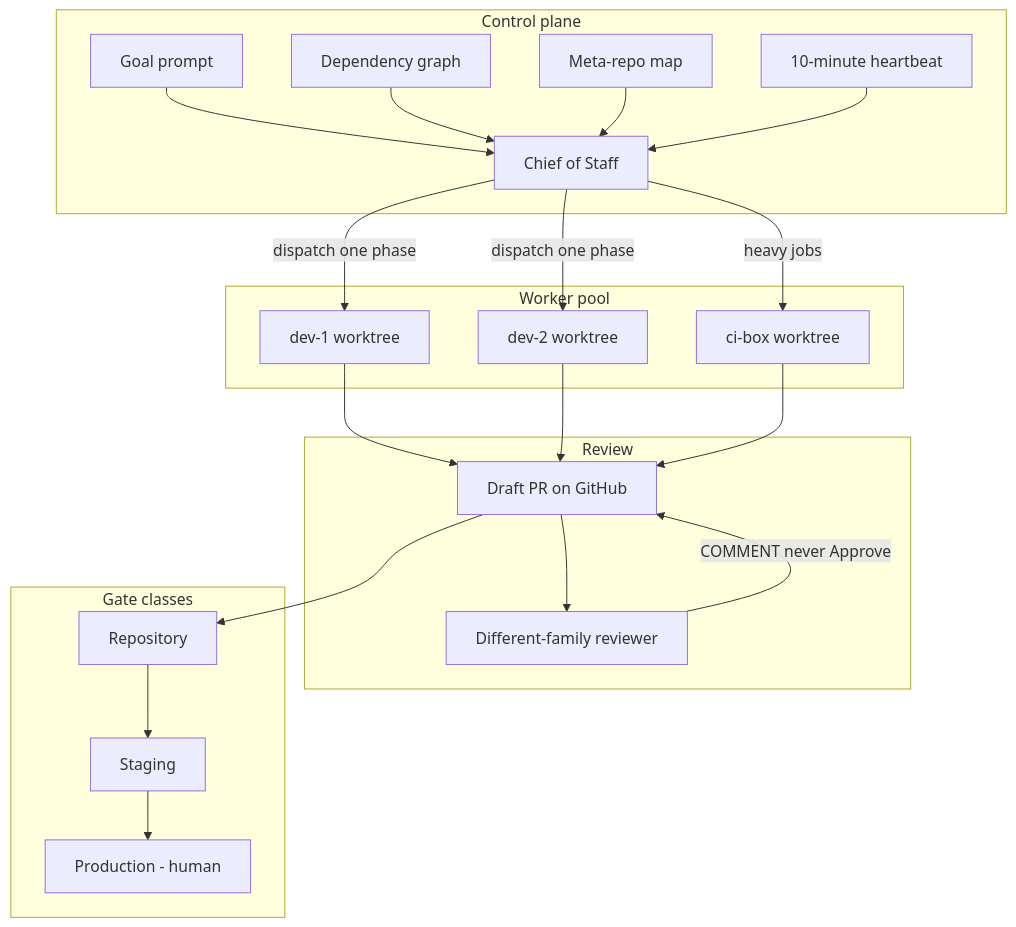
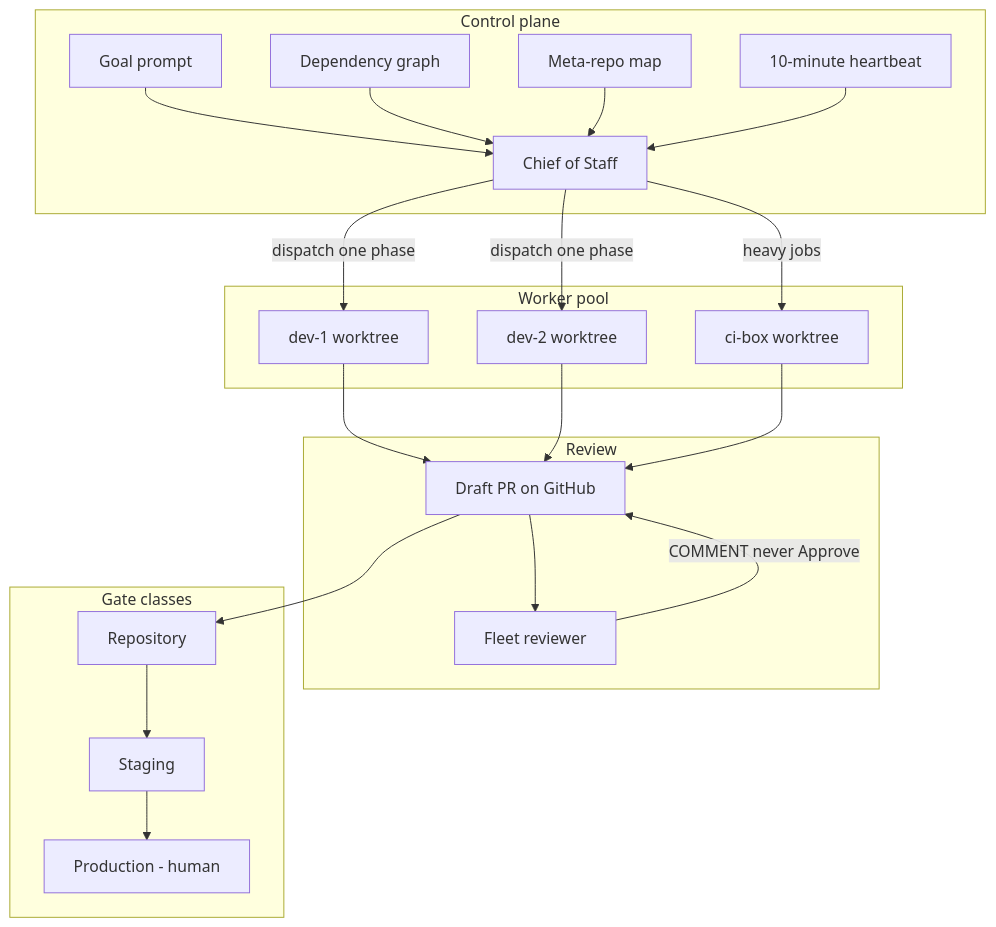
The first of 2 diagrams in docs/architecture.md (cortex-mesh/controller-playbook), drawn with Mermaid before and after one commit. The commit also changed other lines of this file and 23 other files, not shown here.

````diff
--- a/docs/architecture.md
+++ b/docs/architecture.md
@@ -9,43 +9,43 @@
 ```mermaid
 flowchart TB
   subgraph control [Control plane]
     Goal[Goal prompt]
     Graph[Dependency graph]
     CoS[Chief of Staff]
     Beat[10-minute heartbeat]
     Meta[Meta-repo map]
   end
 
   subgraph pool [Worker pool]
     Dev1[dev-1 worktree]
     Dev2[dev-2 worktree]
     CiBox[ci-box worktree]
   end
 
   subgraph review [Review]
-    Rev[Different-family reviewer]
+    Rev[Fleet reviewer]
     Gh[Draft PR on GitHub]
   end
 
   subgraph gates [Gate classes]
     Repo[Repository]
     Stage[Staging]
     Prod[Production - human]
   end
 
   Goal --> CoS
   Graph --> CoS
   Meta --> CoS
   Beat --> CoS
   CoS -->|dispatch one phase| Dev1
   CoS -->|dispatch one phase| Dev2
   CoS -->|heavy jobs| CiBox
   Dev1 --> Gh
   Dev2 --> Gh
   CiBox --> Gh
   Gh --> Rev
   Rev -->|COMMENT never Approve| Gh
   Gh --> Repo
   Repo --> Stage
   Stage --> Prod
 ```
````
